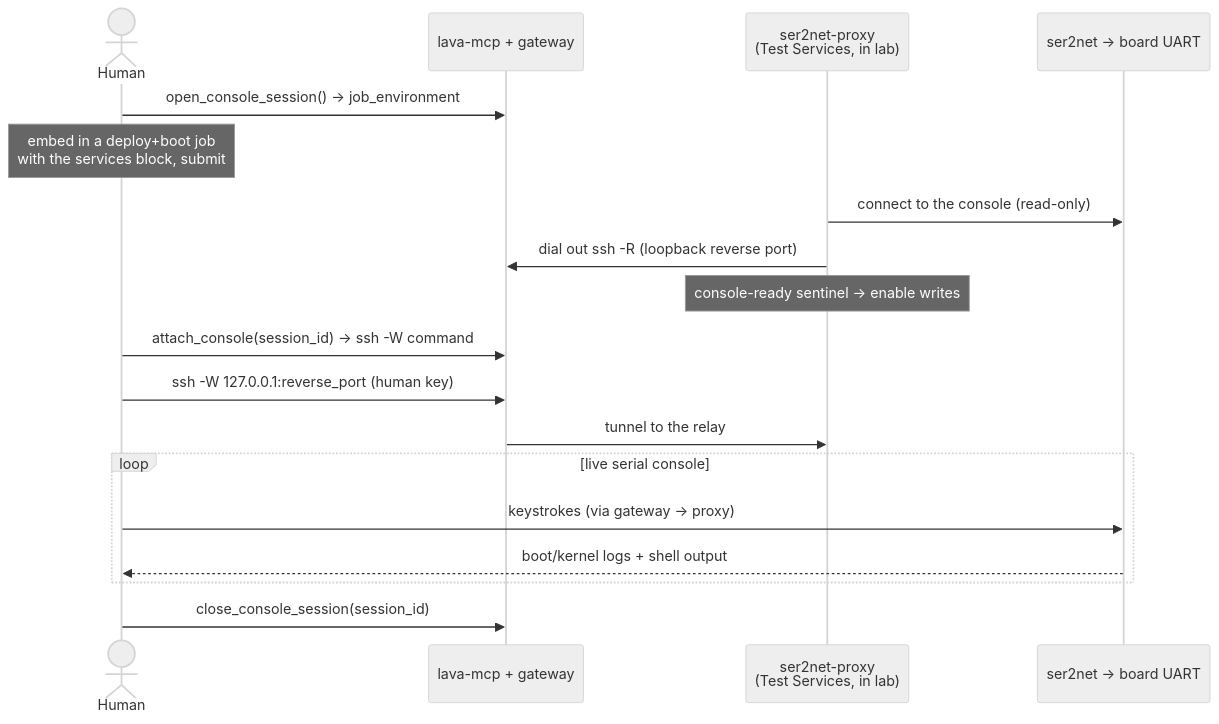
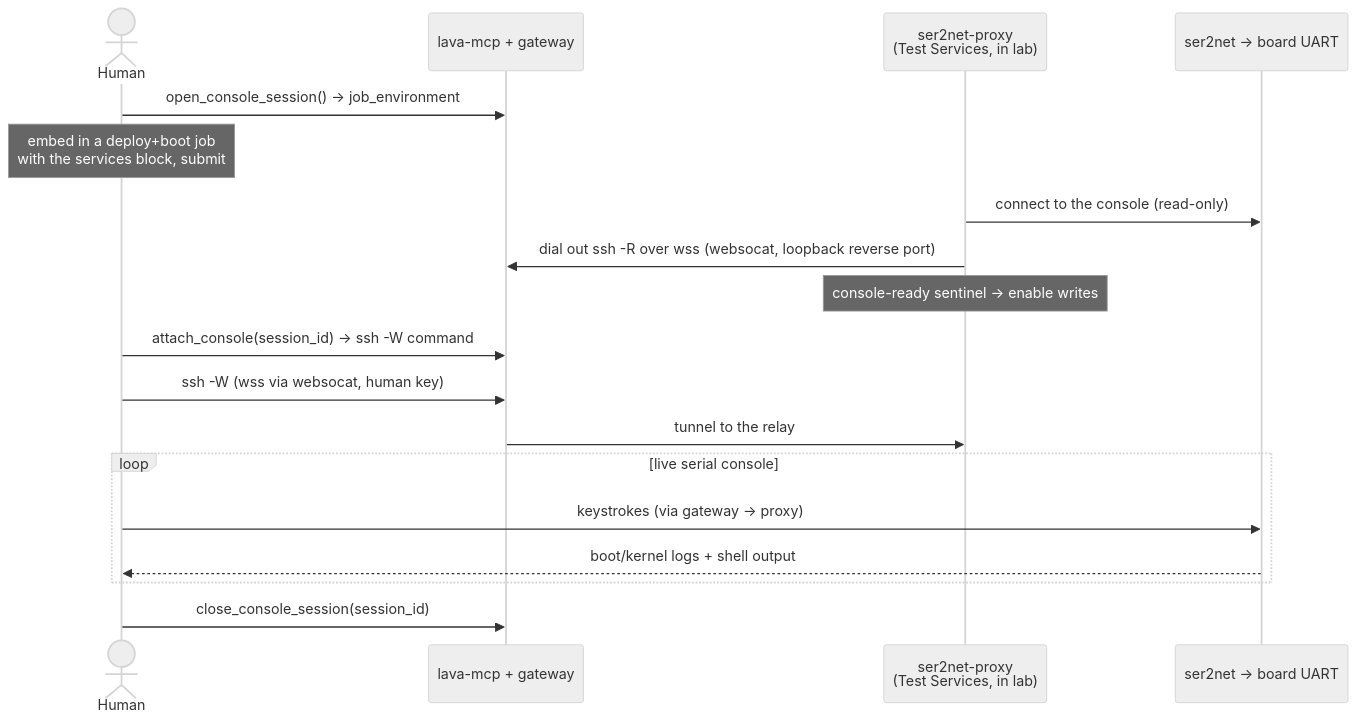
One commit to lava-mcp/lava-mcp changed the third of 3 diagrams in README.md. Above: the diagram before and after it, drawn with Mermaid (neutral theme). The commit also changed other lines of this file and 9 other files, not shown here.

````diff
--- a/README.md
+++ b/README.md
@@ -245,21 +251,21 @@
 ```mermaid
 sequenceDiagram
     actor Human
     participant MCP as lava-mcp + gateway
     participant Proxy as ser2net-proxy<br/>(Test Services, in lab)
     participant Ser2net as ser2net → board UART
 
     Human->>MCP: open_console_session() → job_environment
     Note over Human: embed in a deploy+boot job<br/>with the services block, submit
     Proxy->>Ser2net: connect to the console (read-only)
-    Proxy->>MCP: dial out ssh -R (loopback reverse port)
+    Proxy->>MCP: dial out ssh -R over wss (websocat, loopback reverse port)
     Note over Proxy: console-ready sentinel → enable writes
     Human->>MCP: attach_console(session_id) → ssh -W command
-    Human->>MCP: ssh -W 127.0.0.1:reverse_port (human key)
+    Human->>MCP: ssh -W (wss via websocat, human key)
     MCP->>Proxy: tunnel to the relay
     loop live serial console
         Human->>Ser2net: keystrokes (via gateway → proxy)
         Ser2net-->>Human: boot/kernel logs + shell output
     end
     Human->>MCP: close_console_session(session_id)
 ```
````
